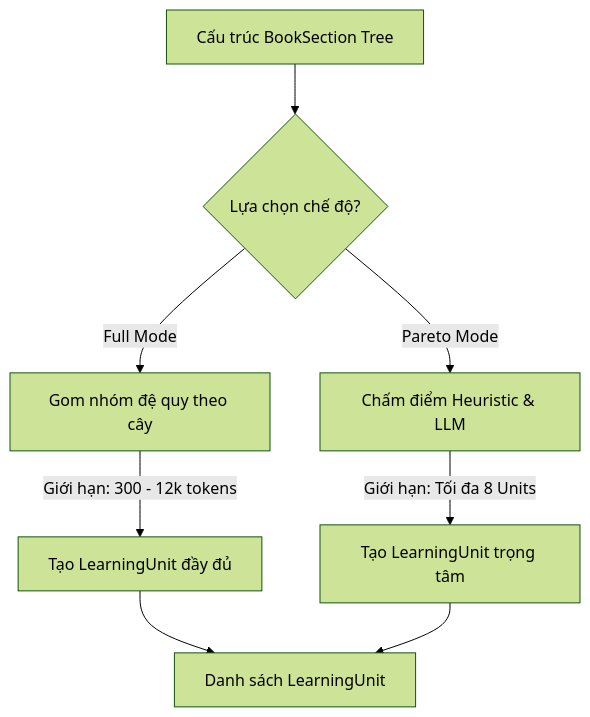
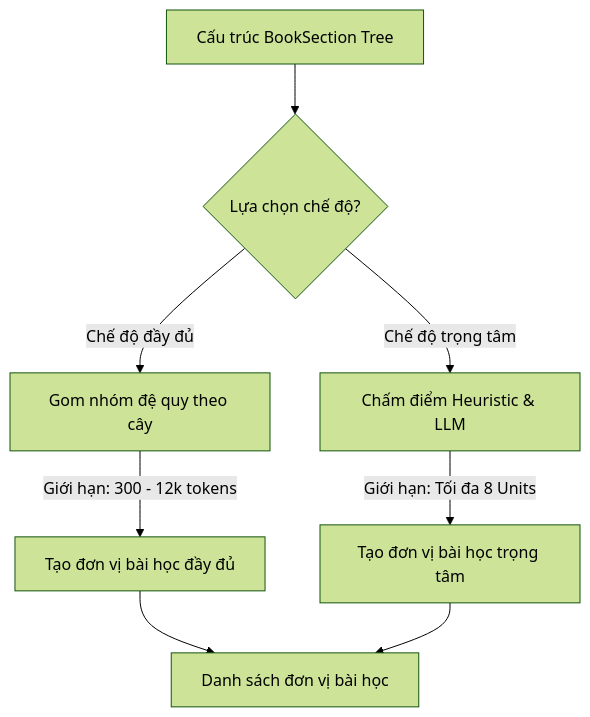
The second of 5 diagrams in _docs_capstone/outline_4c.md (KhoaSinno/triam-backend), drawn with Mermaid (forest theme) before and after one commit. The commit also changed other lines of this file, not shown here.

````diff
--- a/_docs_capstone/outline_4c.md
+++ b/_docs_capstone/outline_4c.md
@@ -73,10 +89,10 @@
 ```mermaid
 flowchart TD
     Tree[Cấu trúc BookSection Tree] --> ModeSelect{Lựa chọn chế độ?}
-    ModeSelect -->|Full Mode| FullPlan[Gom nhóm đệ quy theo cây]
-    ModeSelect -->|Pareto Mode| ParetoPlan[Chấm điểm Heuristic & LLM]
-    FullPlan -->|Giới hạn: 300 - 12k tokens| FullUnit[Tạo LearningUnit đầy đủ]
-    ParetoPlan -->|Giới hạn: Tối đa 8 Units| ParetoUnit[Tạo LearningUnit trọng tâm]
-    FullUnit --> Output[Danh sách LearningUnit]
+    ModeSelect -->|Chế độ đầy đủ| FullPlan[Gom nhóm đệ quy theo cây]
+    ModeSelect -->|Chế độ trọng tâm| ParetoPlan[Chấm điểm Heuristic & LLM]
+    FullPlan -->|Giới hạn: 300 - 12k tokens| FullUnit[Tạo đơn vị bài học đầy đủ]
+    ParetoPlan -->|Giới hạn: Tối đa 8 Units| ParetoUnit[Tạo đơn vị bài học trọng tâm]
+    FullUnit --> Output[Danh sách đơn vị bài học]
     ParetoUnit --> Output
 ```
````
